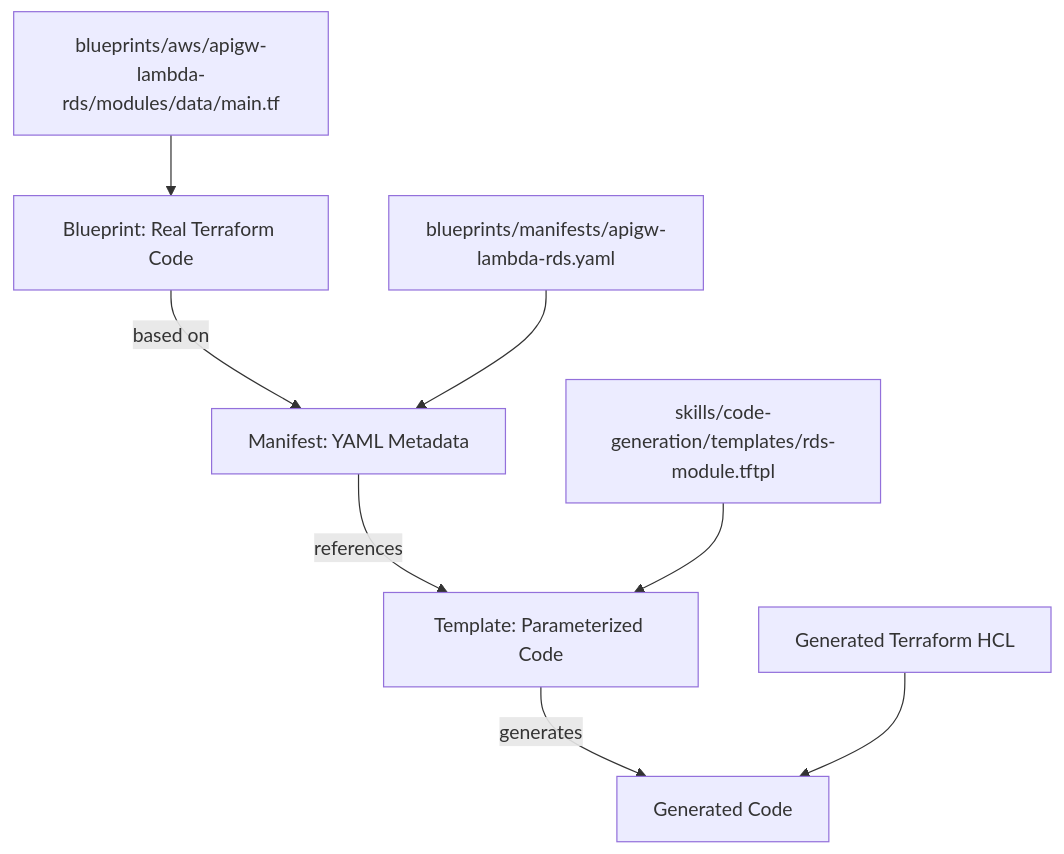
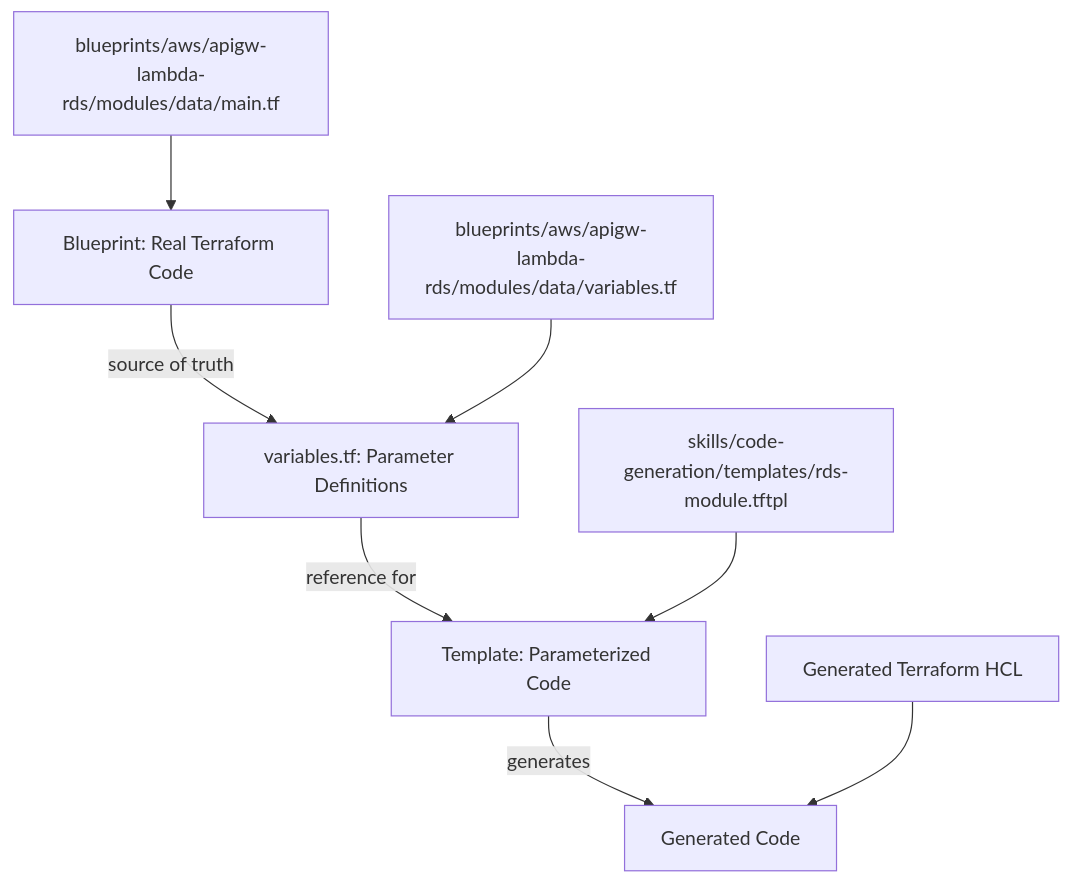
The first of 3 diagrams in docs/manifests-and-templates.md (berTrindade/terraform-infrastructure-blueprints), drawn with Mermaid before and after one commit. The commit also changed other lines of this file and 61 other files, not shown here.

First line of the commit message:
docs: expand AGENTS.md and introduce new blueprint patterns and code review standards

````diff
--- a/docs/manifests-and-templates.md
+++ b/docs/manifests-and-templates.md
@@ -7,11 +7,11 @@
 ```mermaid
 graph TD
-    A[Blueprint: Real Terraform Code] -->|based on| B[Manifest: YAML Metadata]
-    B -->|references| C[Template: Parameterized Code]
+    A[Blueprint: Real Terraform Code] -->|source of truth| B[variables.tf: Parameter Definitions]
+    B -->|reference for| C[Template: Parameterized Code]
     C -->|generates| D[Generated Code]
     
     A1[blueprints/aws/apigw-lambda-rds/modules/data/main.tf] --> A
-    B1[blueprints/manifests/apigw-lambda-rds.yaml] --> B
+    B1[blueprints/aws/apigw-lambda-rds/modules/data/variables.tf] --> B
     C1[skills/code-generation/templates/rds-module.tftpl] --> C
     D1[Generated Terraform HCL] --> D
 ```
````
